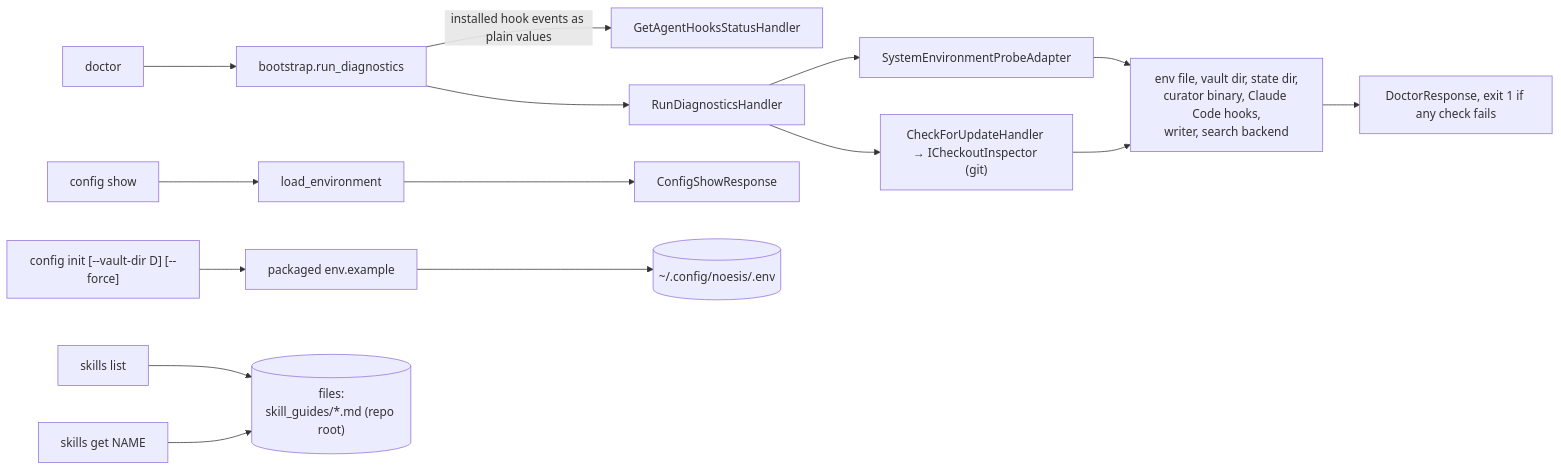
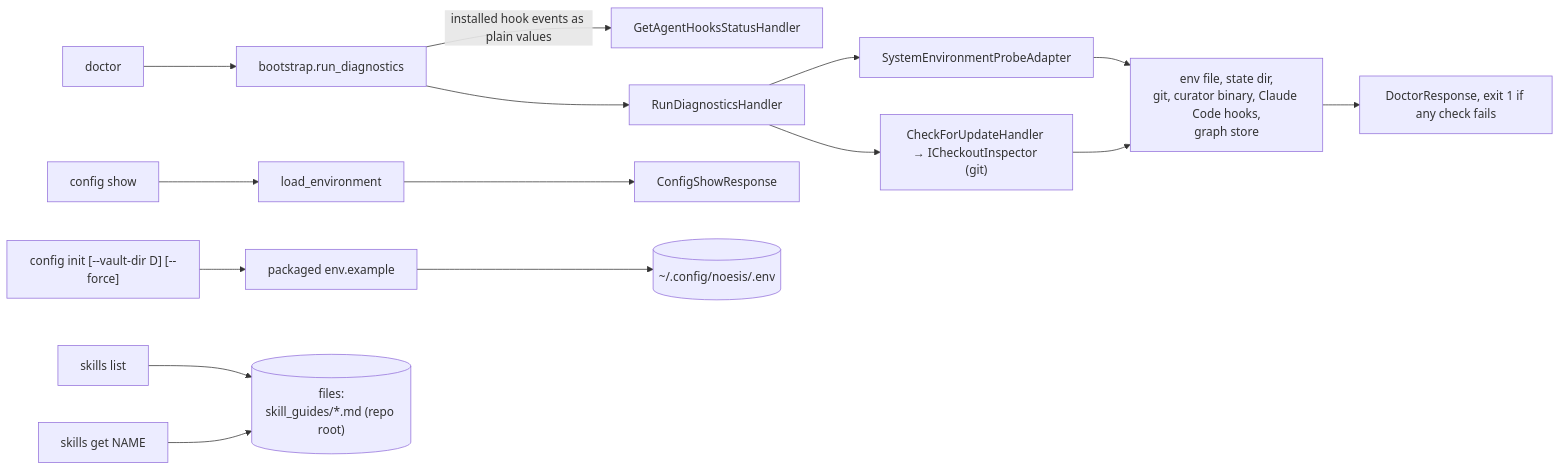
Before and after one commit to p-hzamora/noesis: the diagram in docs/workflows/setup.md, drawn with Mermaid. The commit also changed other lines of this file and 22 other files, not shown here.

````diff
--- a/docs/workflows/setup.md
+++ b/docs/workflows/setup.md
@@ -6,17 +6,17 @@
 ```mermaid
 flowchart LR
     doctor["doctor"] --> rd["bootstrap.run_diagnostics"]
     rd -->|installed hook events as plain values| hs[GetAgentHooksStatusHandler]
     rd --> dh[RunDiagnosticsHandler]
     dh --> probe[SystemEnvironmentProbeAdapter]
-    probe --> checks["env file, vault dir, state dir,<br/>curator binary, Claude Code hooks,<br/>writer, search backend"]
+    probe --> checks["env file, state dir,<br/>git, curator binary, Claude Code hooks,<br/>graph store"]
     dh --> upd["CheckForUpdateHandler → ICheckoutInspector (git)"]
     upd --> checks
     checks --> dr["DoctorResponse, exit 1 if any check fails"]
 
     show["config show"] --> env[load_environment] --> cs[ConfigShowResponse]
     init["config init [--vault-dir D] [--force]"] --> tpl["packaged env.example"] --> envfile[("~/.config/noesis/.env")]
 
     sl["skills list"] --> guides[("files:<br/>skill_guides/*.md (repo root)")]
     sg["skills get NAME"] --> guides
 ```
````
